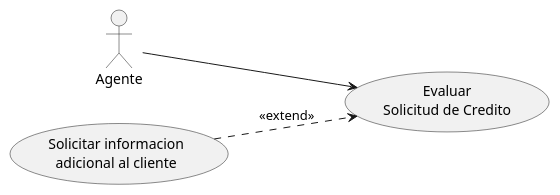
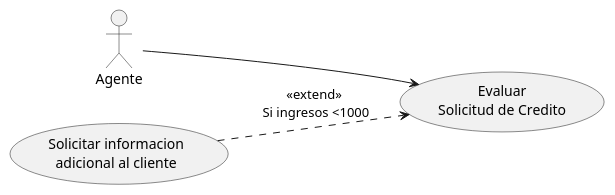
The diagram in casosdeusoII.puml (sandrasd89/casosdeusoII), drawn with PlantUML before and after one commit.

Commit message:
Ej ingresos

```diff
--- a/casosdeusoII.puml
+++ b/casosdeusoII.puml
@@ -1,12 +1,10 @@
 @startuml
 
 left to right direction
 
 :Agente: --> (Evaluar\nSolicitud de Credito)
-(Solicitar informacion\nadicional al cliente) ..> (Evaluar\nSolicitud de Credito) : <<extend>>
-
-
+(Solicitar informacion\nadicional al cliente) ..> (Evaluar\nSolicitud de Credito) : <<extend>>\n Si ingresos <1000
 
 
 
 @enduml
```
